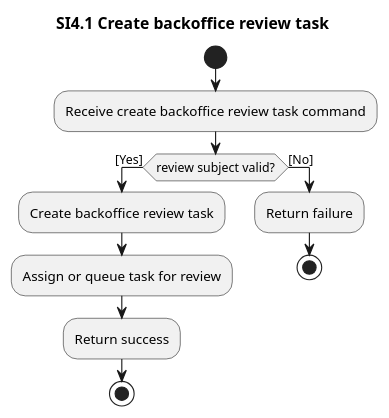
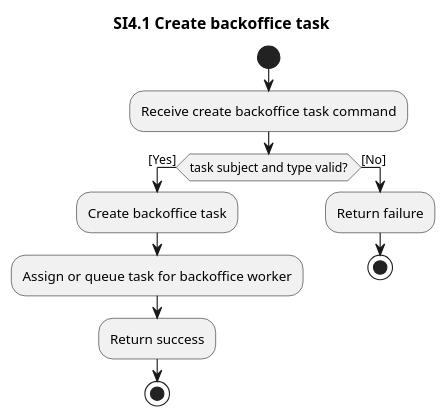
One commit to ottolote/fixme changed the diagram in docs/system-interactions/si4.1-create-backoffice-review-task.pu. Above: the diagram before and after it, drawn with PlantUML. The commit also changed 16 other files, not shown here.

```diff
--- a/docs/system-interactions/si4.1-create-backoffice-review-task.pu
+++ b/docs/system-interactions/si4.1-create-backoffice-review-task.pu
@@ -1,17 +1,17 @@
 @startuml si4.1-create-backoffice-review-task
-title SI4.1 Create backoffice review task
+title SI4.1 Create backoffice task
 
 start
-:Receive create backoffice review task command;
+:Receive create backoffice task command;
 
-if (review subject valid?) then ([Yes])
-  :Create backoffice review task;
-  :Assign or queue task for review;
+if (task subject and type valid?) then ([Yes])
+  :Create backoffice task;
+  :Assign or queue task for backoffice worker;
   :Return success;
   stop
 else ([No])
   :Return failure;
   stop
 endif
 
 @enduml
```
